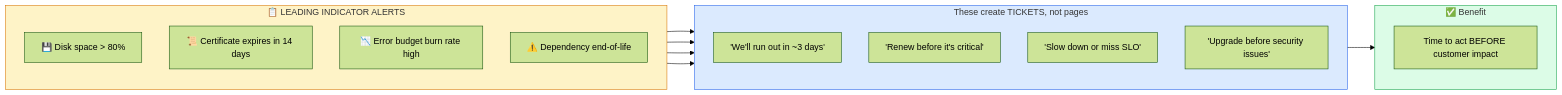
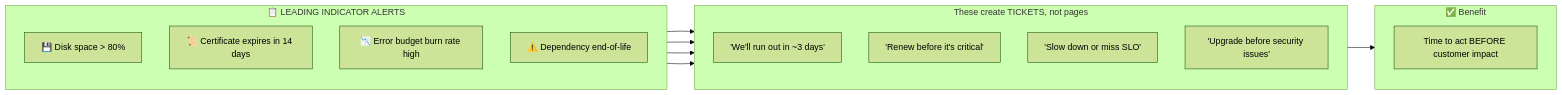
The second of 6 diagrams in docs/observability/alerting.md (shivam-g-mishra/blog), drawn with Mermaid (forest theme) before and after one commit. The commit also changed other lines of this file and 23 other files, not shown here.

First line of the commit message:
fix: improve Mermaid diagram visibility in dark mode

````diff
--- a/docs/observability/alerting.md
+++ b/docs/observability/alerting.md
@@ -188,33 +183,29 @@
 ```mermaid
 flowchart LR
     subgraph indicators["📋 LEADING INDICATOR ALERTS"]
         direction TB
         i1["💾 Disk space > 80%"]
         i2["📜 Certificate expires in 14 days"]
         i3["📉 Error budget burn rate high"]
         i4["⚠️ Dependency end-of-life"]
     end
     
     subgraph outcomes["These create TICKETS, not pages"]
         direction TB
         o1["'We'll run out in ~3 days'"]
         o2["'Renew before it's critical'"]
         o3["'Slow down or miss SLO'"]
         o4["'Upgrade before security issues'"]
     end
     
     i1 --> o1
     i2 --> o2
     i3 --> o3
     i4 --> o4
     
     subgraph benefit["✅ Benefit"]
         b["Time to act BEFORE customer impact"]
     end
     
     outcomes --> benefit
-    
-    style indicators fill:#fef3c7,stroke:#d97706
-    style outcomes fill:#dbeafe,stroke:#2563eb
-    style benefit fill:#dcfce7,stroke:#16a34a
 ```
````
